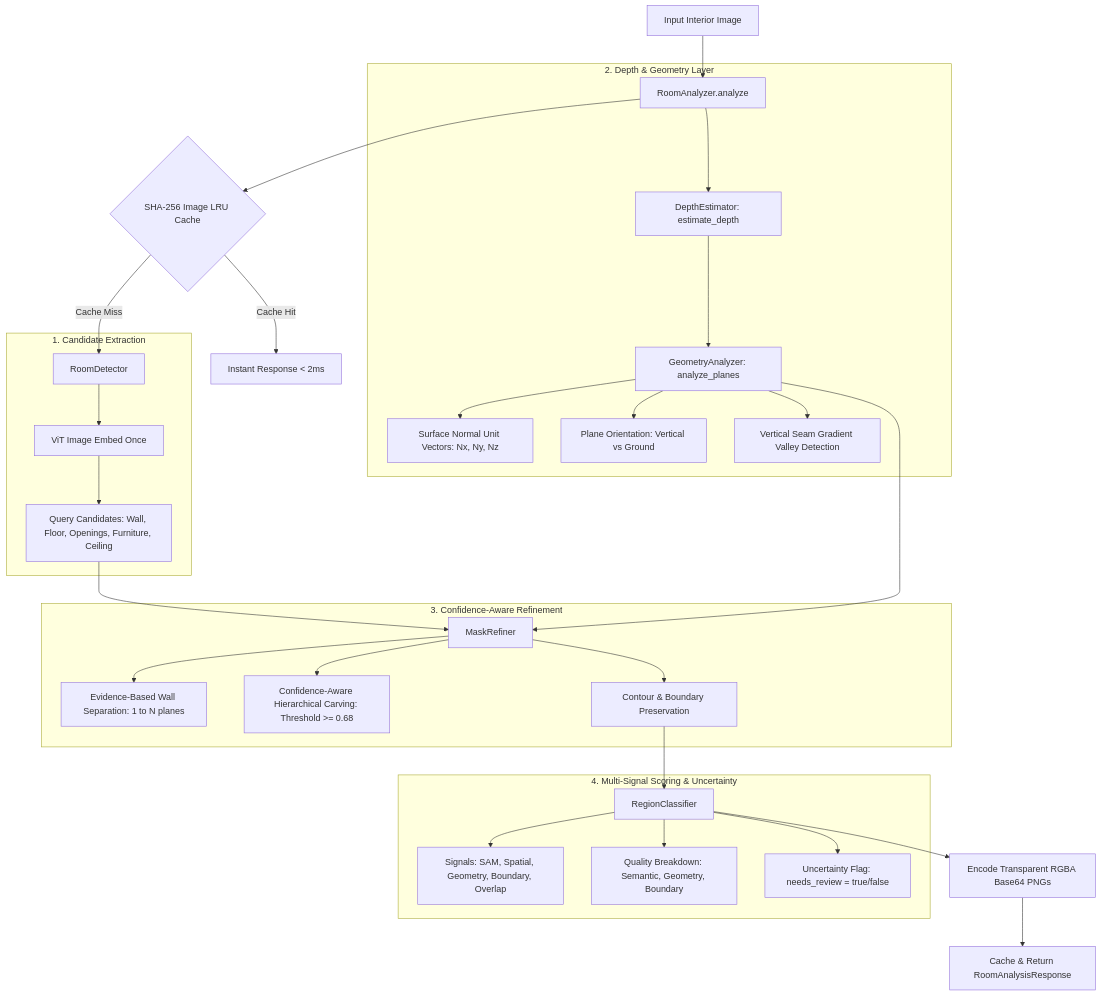
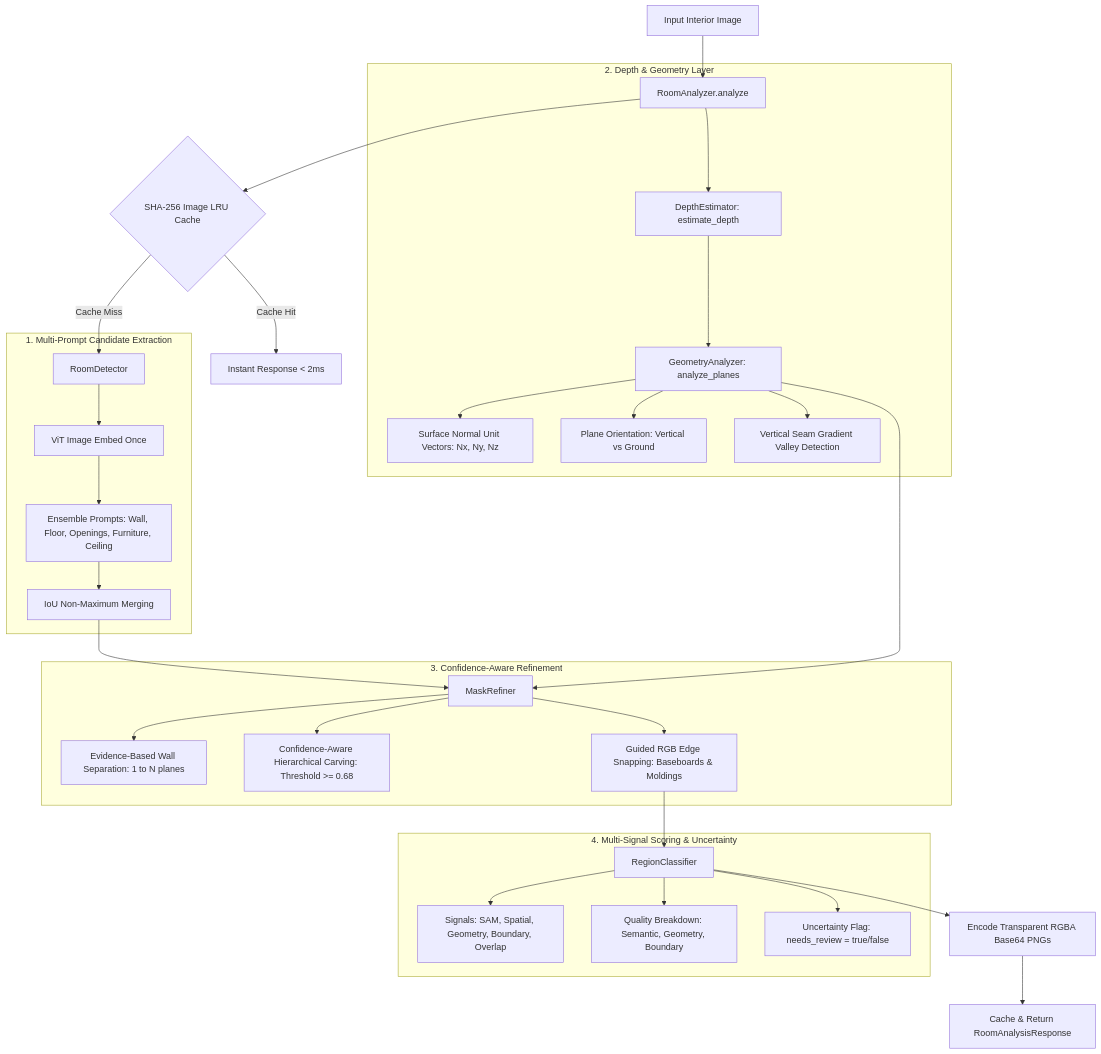
One commit to parameswarrout/sam3-vision-studio changed the diagram in V2_ROOM_ANALYSIS.md. Above: the diagram before and after it, drawn with Mermaid. The commit also changed other lines of this file, not shown here.

````diff
--- a/V2_ROOM_ANALYSIS.md
+++ b/V2_ROOM_ANALYSIS.md
@@ -18,37 +18,38 @@
 ```mermaid
 flowchart TD
     A[Input Interior Image] --> B[RoomAnalyzer.analyze]
     B --> C{SHA-256 Image LRU Cache}
     C -->|Cache Hit| D[Instant Response < 2ms]
     C -->|Cache Miss| E[RoomDetector]
 
-    subgraph S1 [1. Candidate Extraction]
+    subgraph S1 [1. Multi-Prompt Candidate Extraction]
         E --> E1[ViT Image Embed Once]
-        E1 --> E2[Query Candidates: Wall, Floor, Openings, Furniture, Ceiling]
+        E1 --> E2[Ensemble Prompts: Wall, Floor, Openings, Furniture, Ceiling]
+        E2 --> E3[IoU Non-Maximum Merging]
     end
 
     subgraph S2 [2. Depth & Geometry Layer]
         B --> F[DepthEstimator: estimate_depth]
         F --> G[GeometryAnalyzer: analyze_planes]
         G --> G1[Surface Normal Unit Vectors: Nx, Ny, Nz]
         G --> G2[Plane Orientation: Vertical vs Ground]
         G --> G3[Vertical Seam Gradient Valley Detection]
     end
 
     subgraph S3 [3. Confidence-Aware Refinement]
-        E2 & G --> H[MaskRefiner]
+        E3 & G --> H[MaskRefiner]
         H --> H1[Evidence-Based Wall Separation: 1 to N planes]
         H --> H2[Confidence-Aware Hierarchical Carving: Threshold >= 0.68]
-        H --> H3[Contour & Boundary Preservation]
+        H --> H3[Guided RGB Edge Snapping: Baseboards & Moldings]
     end
 
     subgraph S4 [4. Multi-Signal Scoring & Uncertainty]
         H3 --> I[RegionClassifier]
         I --> I1[Signals: SAM, Spatial, Geometry, Boundary, Overlap]
         I --> I2[Quality Breakdown: Semantic, Geometry, Boundary]
         I --> I3[Uncertainty Flag: needs_review = true/false]
     end
 
     I --> J[Encode Transparent RGBA Base64 PNGs]
     J --> K[Cache & Return RoomAnalysisResponse]
 ```
````
